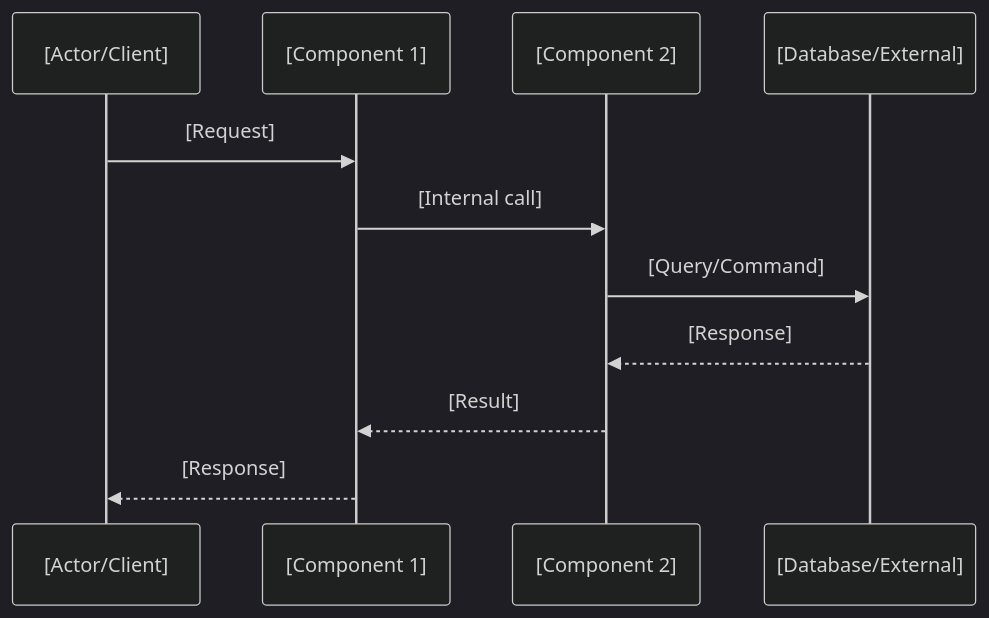
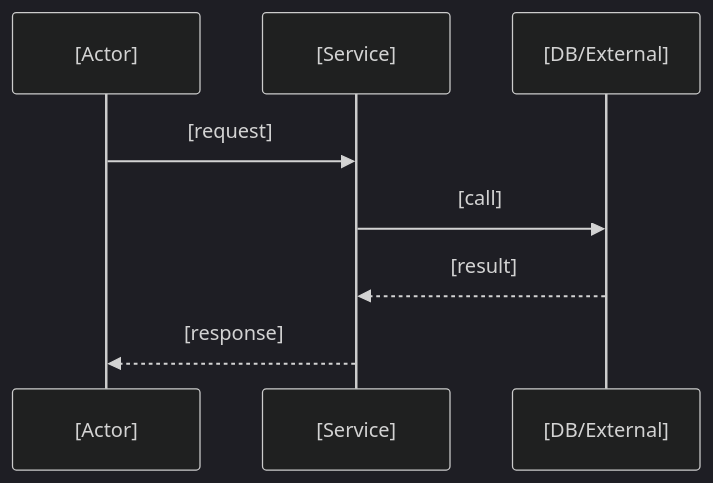
The first of 2 diagrams in kiro-specs/templates/design-high-level.md (tuanpep/skills), drawn with Mermaid (dark theme) before and after one commit. The commit also changed other lines of this file and 10 other files, not shown here.

````diff
--- a/kiro-specs/templates/design-high-level.md
+++ b/kiro-specs/templates/design-high-level.md
@@ -27,14 +19,10 @@
 ```mermaid
 sequenceDiagram
-    participant A as [Actor/Client]
-    participant B as [Component 1]
-    participant C as [Component 2]
-    participant D as [Database/External]
-
-    A->>B: [Request]
-    B->>C: [Internal call]
-    C->>D: [Query/Command]
-    D-->>C: [Response]
-    C-->>B: [Result]
-    B-->>A: [Response]
+    participant A as [Actor]
+    participant B as [Service]
+    participant C as [DB/External]
+    A->>B: [request]
+    B->>C: [call]
+    C-->>B: [result]
+    B-->>A: [response]
 ```
````
